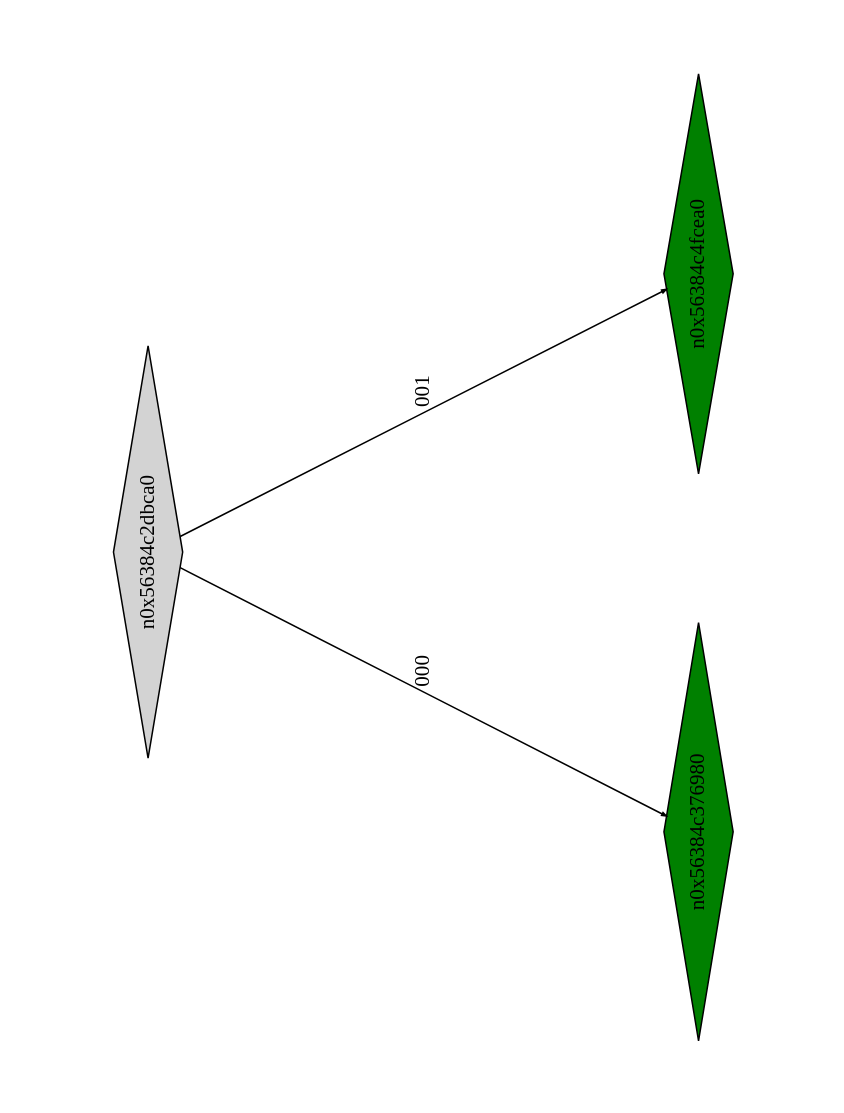
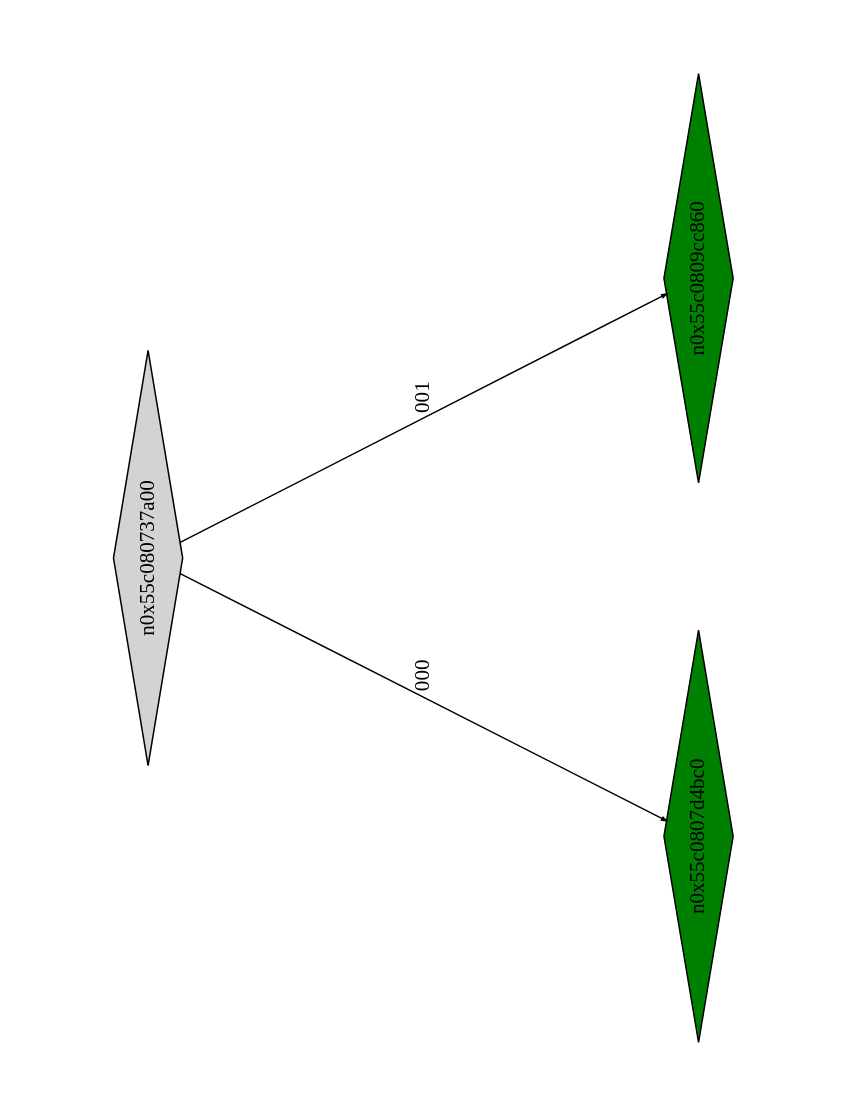
Before and after one commit to Research-Tools-PAVT/PSE-Program-Examples: the diagram in montyhall_klee_out/ptree_00001023.dot, drawn with Graphviz. The commit also changed 86 other files, not shown here.

```diff
--- a/montyhall_klee_out/ptree_00001023.dot
+++ b/montyhall_klee_out/ptree_00001023.dot
@@ -1,13 +1,13 @@
 digraph G {
 	size="10,7.5";
 	ratio=fill;
 	rotate=90;
 	center = "true";
 	node [style="filled",width=.1,height=.1,fontname="Terminus"]
 	edge [arrowsize=.3]
-	n0x56384c2dbca0 [shape=diamond];
-	n0x56384c2dbca0 -> n0x56384c376980 [label=000];
-	n0x56384c2dbca0 -> n0x56384c4fcea0 [label=001];
-	n0x56384c4fcea0 [shape=diamond,fillcolor=green];
-	n0x56384c376980 [shape=diamond,fillcolor=green];
+	n0x55c080737a00 [shape=diamond];
+	n0x55c080737a00 -> n0x55c0807d4bc0 [label=000];
+	n0x55c080737a00 -> n0x55c0809cc860 [label=001];
+	n0x55c0809cc860 [shape=diamond,fillcolor=green];
+	n0x55c0807d4bc0 [shape=diamond,fillcolor=green];
 }
```
